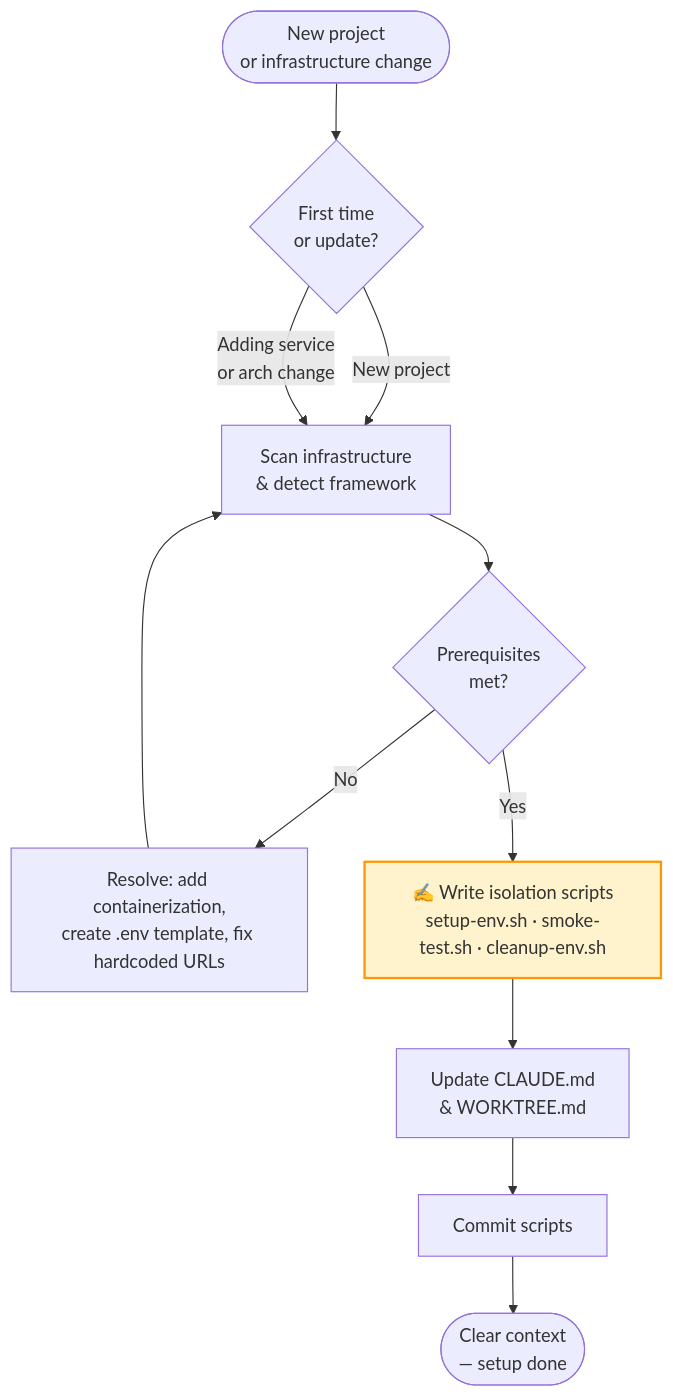
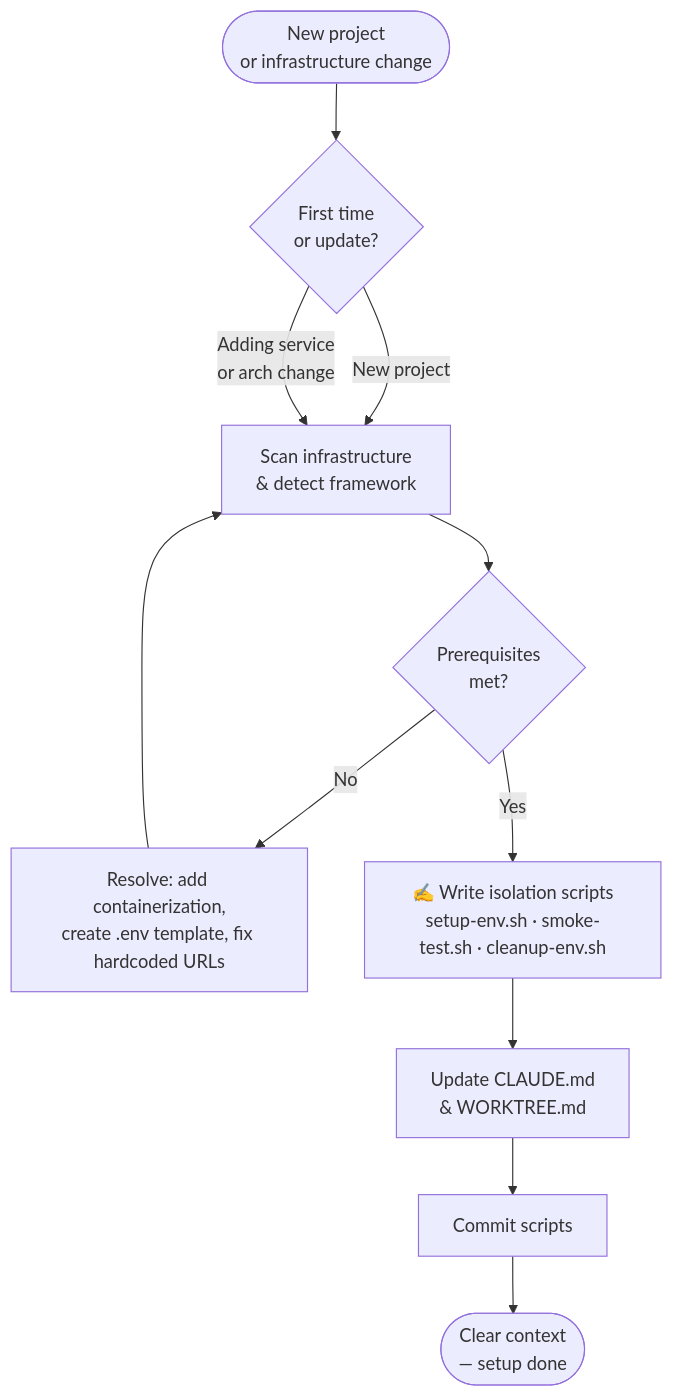
The first of 2 diagrams in plugins/project/setup-isolated-env/README.md (joel611/claude-plugins), drawn with Mermaid before and after one commit. The commit also changed other lines of this file, not shown here.

Commit message:
docs(setup-isolated-env): remove fill colors from flow diagrams

````diff
--- a/plugins/project/setup-isolated-env/README.md
+++ b/plugins/project/setup-isolated-env/README.md
@@ -50,19 +50,18 @@
 ```mermaid
 flowchart TD
     A([New project\nor infrastructure change]) --> B{First time\nor update?}
 
     B -- New project --> C[Scan infrastructure\n& detect framework]
     B -- Adding service\nor arch change --> C
 
     C --> D{Prerequisites\nmet?}
     D -- No --> E[Resolve: add containerization,\ncreate .env template, fix hardcoded URLs]
     E --> C
     D -- Yes --> F
 
     F["✍️ Write isolation scripts\nsetup-env.sh · smoke-test.sh · cleanup-env.sh"]
     F --> G[Update CLAUDE.md\n& WORKTREE.md]
     G --> H[Commit scripts]
     H --> I([Clear context\n— setup done])
 
-    style F fill:#fff3cd,stroke:#FF9800,stroke-width:2px
 ```
````
